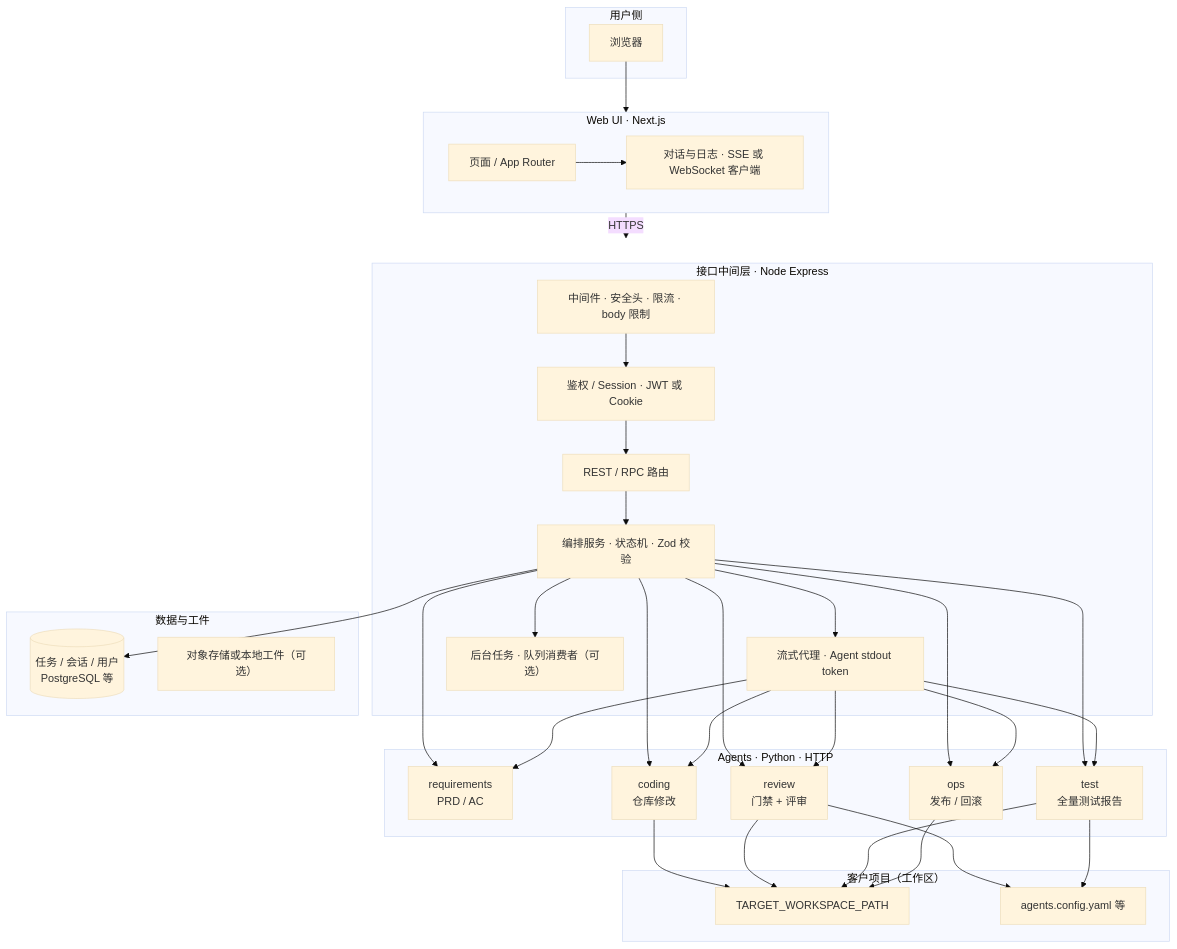
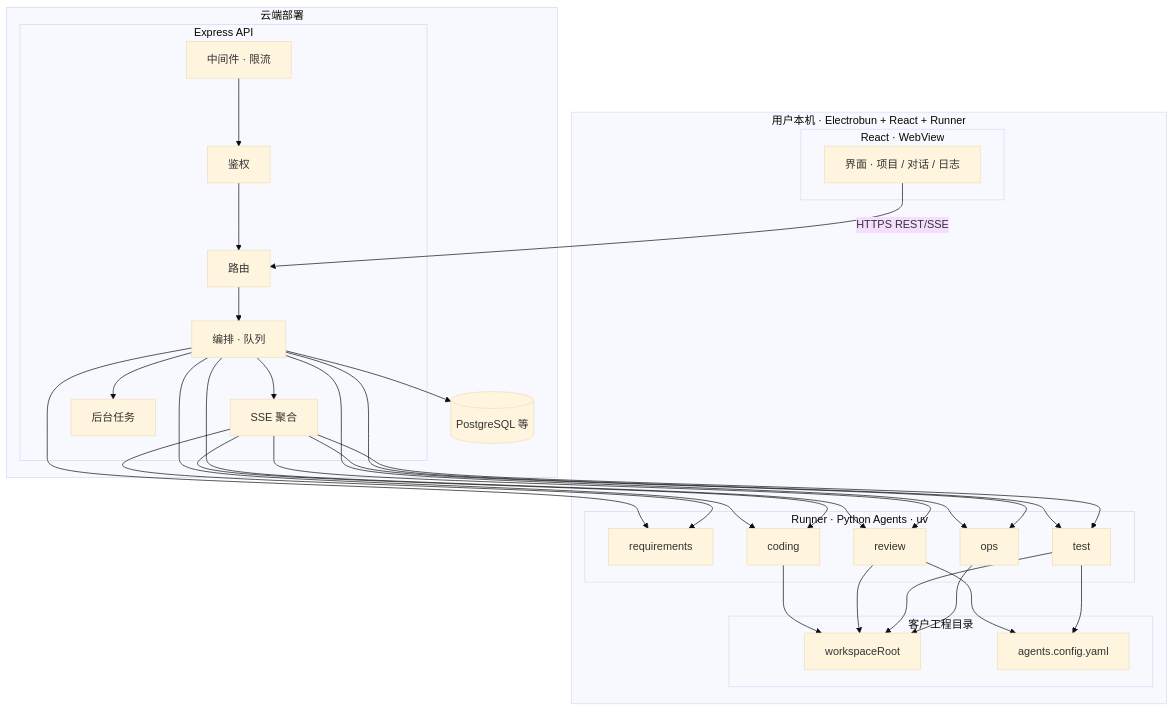
One commit to panzhanfei/agents-monorepo changed the first of 5 diagrams in README.md. Above: the diagram before and after it, drawn with Mermaid (base theme). The commit also changed other lines of this file, not shown here.

Commit message:
基本有了大概得 流程 架构图

````diff
--- a/README.md
+++ b/README.md
@@ -36,51 +112,42 @@
 ```mermaid
 flowchart TB
-  subgraph client["用户侧"]
-    BROWSER["浏览器"]
+  subgraph localdesk["用户本机 · Electrobun + React + Runner"]
+    subgraph reactui["React · WebView"]
+      UI["界面 · 项目 / 对话 / 日志"]
+    end
+    subgraph agentsLayer["Runner · Python Agents · uv"]
+      REQ["requirements"]
+      COD["coding"]
+      REV["review"]
+      TST["test"]
+      OPS["ops"]
+    end
+    subgraph customer["客户工程目录"]
+      WS["workspaceRoot"]
+      CFG["agents.config.yaml"]
+    end
+    COD & REV & TST & OPS --> WS
+    REV & TST --> CFG
   end
 
-  subgraph web["Web UI · Next.js"]
-    PAGES["页面 / App Router"]
-    SSEHOOK["对话与日志 · SSE 或 WebSocket 客户端"]
-    PAGES --> SSEHOOK
+  subgraph cld["云端部署"]
+    subgraph bff["Express API"]
+      MW["中间件 · 限流"]
+      AUTH["鉴权"]
+      RT["路由"]
+      ORCH["编排 · 队列"]
+      STRM["SSE 聚合"]
+      WM["后台任务"]
+      MW --> AUTH --> RT
+      RT --> ORCH
+      ORCH --> STRM
+      ORCH --> WM
+    end
+    DB[("PostgreSQL 等")]
+    ORCH --> DB
   end
 
-  subgraph bff["接口中间层 · Node Express"]
-    MW["中间件 · 安全头 · 限流 · body 限制"]
-    AUTH["鉴权 / Session · JWT 或 Cookie"]
-    RT["REST / RPC 路由"]
-    ORCH["编排服务 · 状态机 · Zod 校验"]
-    STRM["流式代理 · Agent stdout token"]
-    WM["后台任务 · 队列消费者（可选）"]
-    MW --> AUTH --> RT
-    RT --> ORCH
-    ORCH --> STRM
-    ORCH --> WM
-  end
-
-  subgraph agentsLayer["Agents · Python · HTTP"]
-    REQ["requirements<br/>PRD / AC"]
-    COD["coding<br/>仓库修改"]
-    REV["review<br/>门禁 + 评审"]
-    TST["test<br/>全量测试报告"]
-    OPS["ops<br/>发布 / 回滚"]
-  end
-
-  subgraph data["数据与工件"]
-    DB[("任务 / 会话 / 用户<br/>PostgreSQL 等")]
-    FS["对象存储或本地工件（可选）"]
-  end
-
-  subgraph customer["客户项目（工作区）"]
-    WS["TARGET_WORKSPACE_PATH"]
-    CFG["agents.config.yaml 等"]
-  end
-
-  BROWSER --> web
-  web -->|HTTPS| bff
+  UI -->|HTTPS REST/SSE| RT
   ORCH --> REQ & COD & REV & TST & OPS
   STRM --> REQ & COD & REV & TST & OPS
-  ORCH --> DB
-  COD & REV & TST & OPS --> WS
-  REV & TST --> CFG
 ```
````
